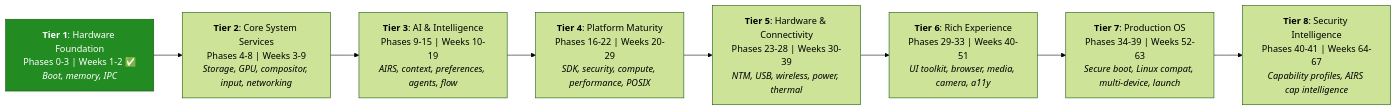
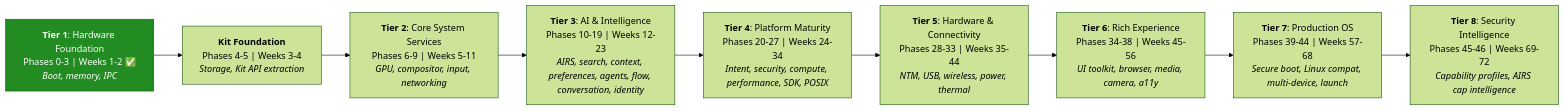
Before and after one commit to juslee/aios: the first of 2 diagrams in docs/project/development-plan.md, drawn with Mermaid (forest theme). The commit also changed other lines of this file and 1 other file, not shown here.

First line of the commit message:
Docs: Expand development plan from 42 to 47 phases for Kit architecture

````diff
--- a/docs/project/development-plan.md
+++ b/docs/project/development-plan.md
@@ -19,31 +19,34 @@
 ```mermaid
 flowchart LR
     T1["`**Tier 1**: Hardware Foundation
     Phases 0-3 | Weeks 1-2 ✅
     *Boot, memory, IPC*`"]
+    T1a["`**Kit Foundation**
+    Phases 4-5 | Weeks 3-4
+    *Storage, Kit API extraction*`"]
     T2["`**Tier 2**: Core System Services
-    Phases 4-8 | Weeks 3-9
-    *Storage, GPU, compositor, input, networking*`"]
+    Phases 6-9 | Weeks 5-11
+    *GPU, compositor, input, networking*`"]
     T3["`**Tier 3**: AI & Intelligence
-    Phases 9-15 | Weeks 10-19
-    *AIRS, context, preferences, agents, flow*`"]
+    Phases 10-19 | Weeks 12-23
+    *AIRS, search, context, preferences, agents, flow, conversation, identity*`"]
     T4["`**Tier 4**: Platform Maturity
-    Phases 16-22 | Weeks 20-29
-    *SDK, security, compute, performance, POSIX*`"]
+    Phases 20-27 | Weeks 24-34
+    *Intent, security, compute, performance, SDK, POSIX*`"]
     T5["`**Tier 5**: Hardware & Connectivity
-    Phases 23-28 | Weeks 30-39
+    Phases 28-33 | Weeks 35-44
     *NTM, USB, wireless, power, thermal*`"]
     T6["`**Tier 6**: Rich Experience
-    Phases 29-33 | Weeks 40-51
+    Phases 34-38 | Weeks 45-56
     *UI toolkit, browser, media, camera, a11y*`"]
     T7["`**Tier 7**: Production OS
-    Phases 34-39 | Weeks 52-63
+    Phases 39-44 | Weeks 57-68
     *Secure boot, Linux compat, multi-device, launch*`"]
     T8["`**Tier 8**: Security Intelligence
-    Phases 40-41 | Weeks 64-67
+    Phases 45-46 | Weeks 69-72
     *Capability profiles, AIRS cap intelligence*`"]
 
-    T1 --> T2 --> T3 --> T4 --> T5 --> T6 --> T7 --> T8
+    T1 --> T1a --> T2 --> T3 --> T4 --> T5 --> T6 --> T7 --> T8
 
     style T1 fill:#228B22,color:white
 ```
````
